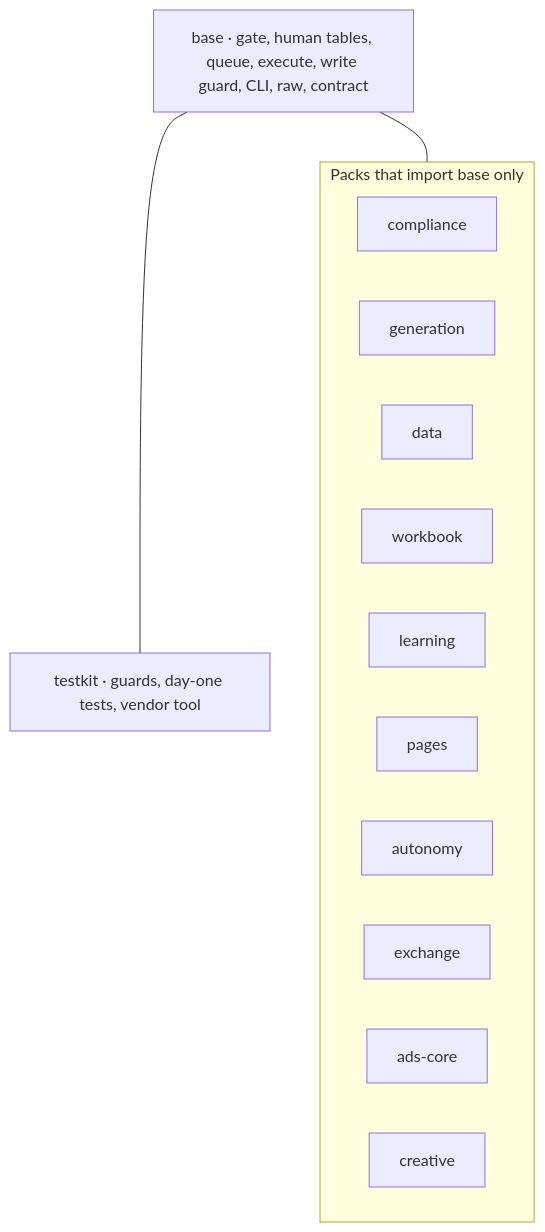
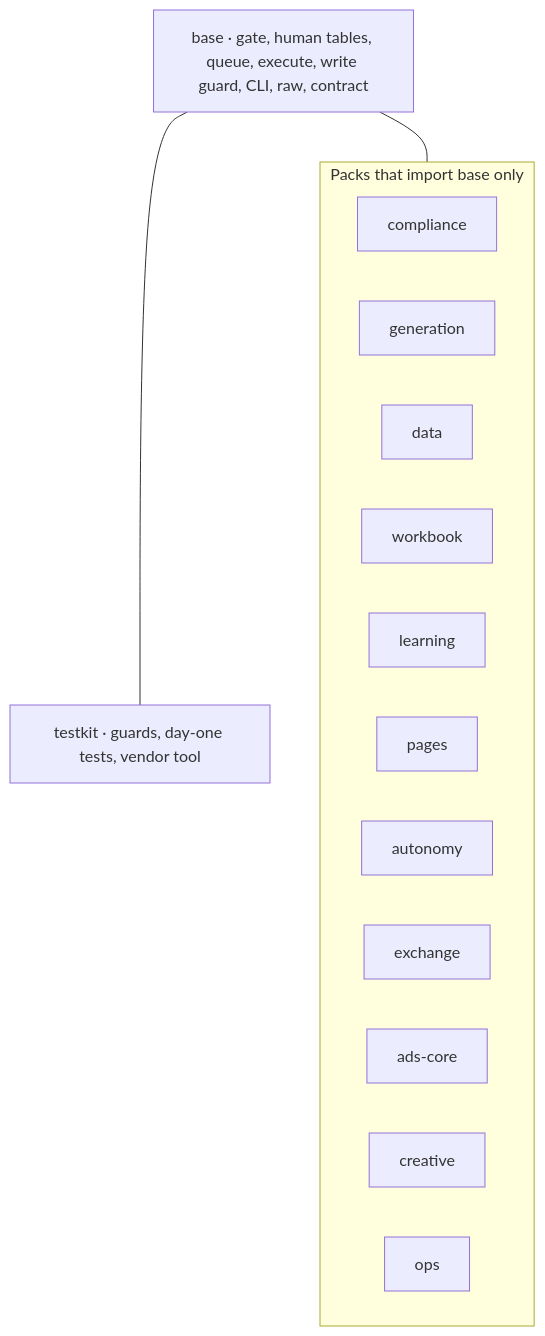
One commit to thaddeus-builds/skill-pack-playbook changed the fourth of 4 diagrams in docs/overview.md. Above: the diagram before and after it, drawn with Mermaid. The commit also changed 11 other files, not shown here.

````diff
--- a/docs/overview.md
+++ b/docs/overview.md
@@ -155,11 +155,11 @@
 ```mermaid
 flowchart TB
     base["base · gate, human tables, queue, execute, write guard, CLI, raw, contract"]
     testkit["testkit · guards, day-one tests, vendor tool"]
     subgraph chan["Packs that import base only"]
       direction LR
-      compliance & generation & data & workbook & learning & pages & autonomy & exchange & adscore["ads-core"] & creative
+      compliance & generation & data & workbook & learning & pages & autonomy & exchange & adscore["ads-core"] & creative & ops
     end
     base --- chan
     base --- testkit
 ```
````
